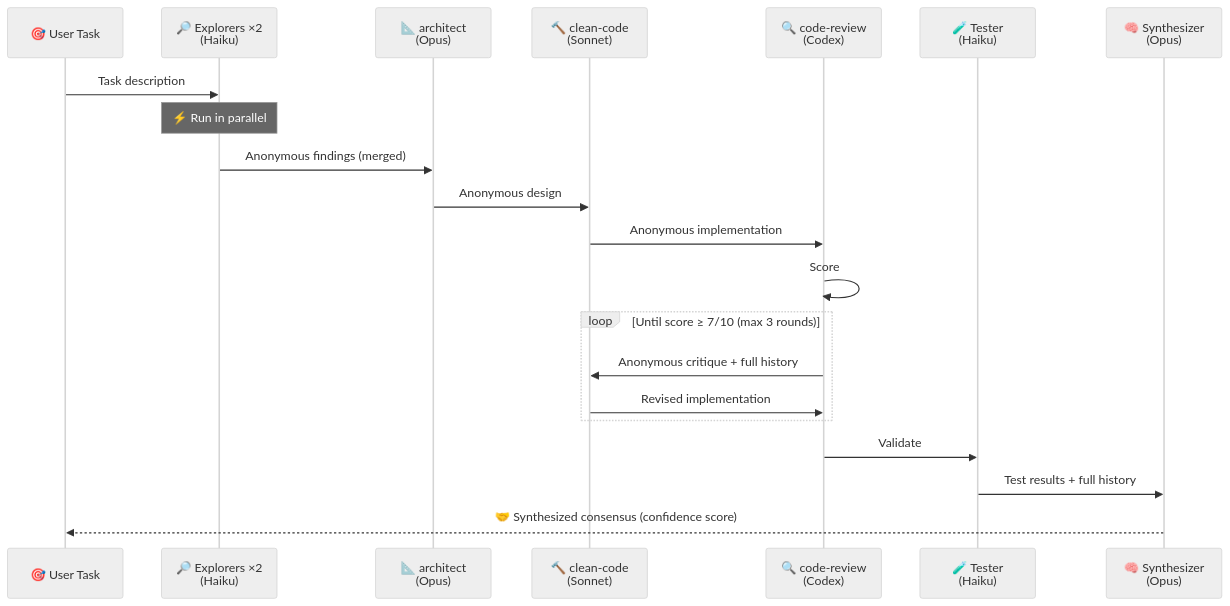
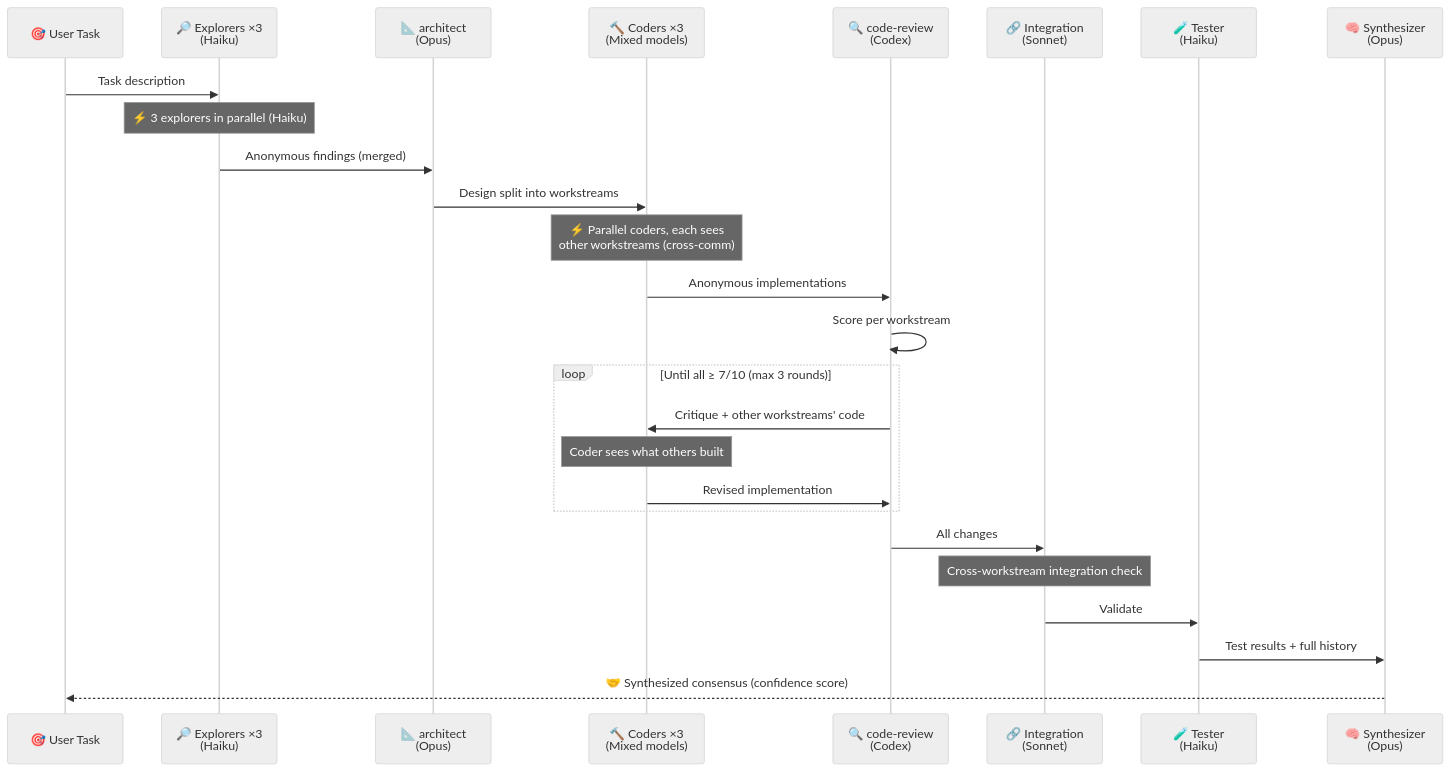
One commit to schwarztim/open-swarm changed the fifth of 7 diagrams in README.md. Above: the diagram before and after it, drawn with Mermaid (neutral theme). The commit also changed other lines of this file and 1 other file, not shown here.

First line of the commit message:
v5.0: Cross-communication patterns, Blitz tier, mandatory review

````diff
--- a/README.md
+++ b/README.md
@@ -215,26 +232,31 @@
 ```mermaid
 sequenceDiagram
     participant U as 🎯 User Task
-    participant E as 🔎 Explorers ×2<br/>(Haiku)
+    participant E as 🔎 Explorers ×3<br/>(Haiku)
     participant A as 📐 architect<br/>(Opus)
-    participant C as 🔨 clean-code<br/>(Sonnet)
+    participant C as 🔨 Coders ×3<br/>(Mixed models)
     participant R as 🔍 code-review<br/>(Codex)
+    participant X as 🔗 Integration<br/>(Sonnet)
     participant T as 🧪 Tester<br/>(Haiku)
     participant S as 🧠 Synthesizer<br/>(Opus)
     
     U->>E: Task description
-    Note over E: ⚡ Run in parallel
+    Note over E: ⚡ 3 explorers in parallel (Haiku)
     E->>A: Anonymous findings (merged)
-    A->>C: Anonymous design
-    C->>R: Anonymous implementation
-    R->>R: Score
+    A->>C: Design split into workstreams
+    Note over C: ⚡ Parallel coders, each sees<br/>other workstreams (cross-comm)
+    C->>R: Anonymous implementations
+    R->>R: Score per workstream
     
-    loop Until score ≥ 7/10 (max 3 rounds)
-        R->>C: Anonymous critique + full history
+    loop Until all ≥ 7/10 (max 3 rounds)
+        R->>C: Critique + other workstreams' code
+        Note over C: Coder sees what others built
         C->>R: Revised implementation
     end
     
-    R->>T: Validate
+    R->>X: All changes
+    Note over X: Cross-workstream integration check
+    X->>T: Validate
     T->>S: Test results + full history
     S-->>U: 🤝 Synthesized consensus (confidence score)
 ```
````
